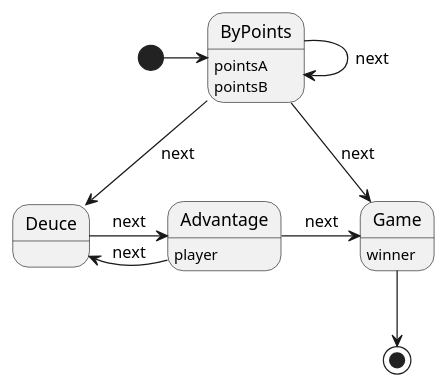
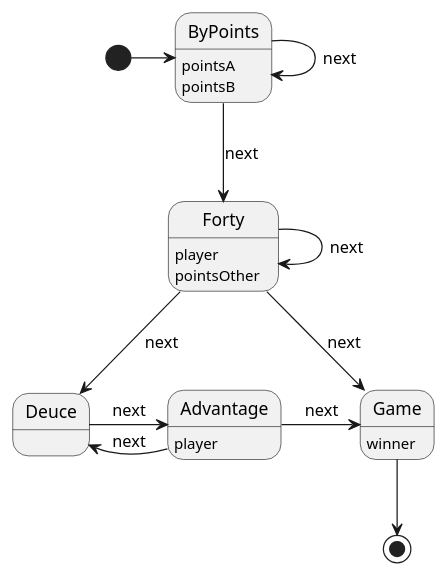
Before and after one commit to isel-leic-tds/2223v.31n: the diagram in Tennis/src/main/kotlin/pt/isel/tds/tennis/oo/StatesOO.puml, drawn with PlantUML. The commit also changed 9 other files, not shown here.

```diff
--- a/Tennis/src/main/kotlin/pt/isel/tds/tennis/oo/StatesOO.puml
+++ b/Tennis/src/main/kotlin/pt/isel/tds/tennis/oo/StatesOO.puml
@@ -1,19 +1,24 @@
 @startuml
 'https://plantuml.com/state-diagram
 
 [*] -> ByPoints
 
 ByPoints --> ByPoints : next
-ByPoints -> Game : next
-ByPoints --> Deuce : next
+ByPoints --> Forty : next
+Forty --> Forty : next
+Forty --> Deuce : next
+Forty --> Game : next
 Deuce -> Advantage : next
 Advantage -> Game : next
 Advantage -> Deuce : next
 
 Game --> [*]
 
 ByPoints : pointsA
 ByPoints : pointsB
 Advantage : player
 Game : winner
+Forty : player
+Forty : pointsOther
+
 @enduml
```
